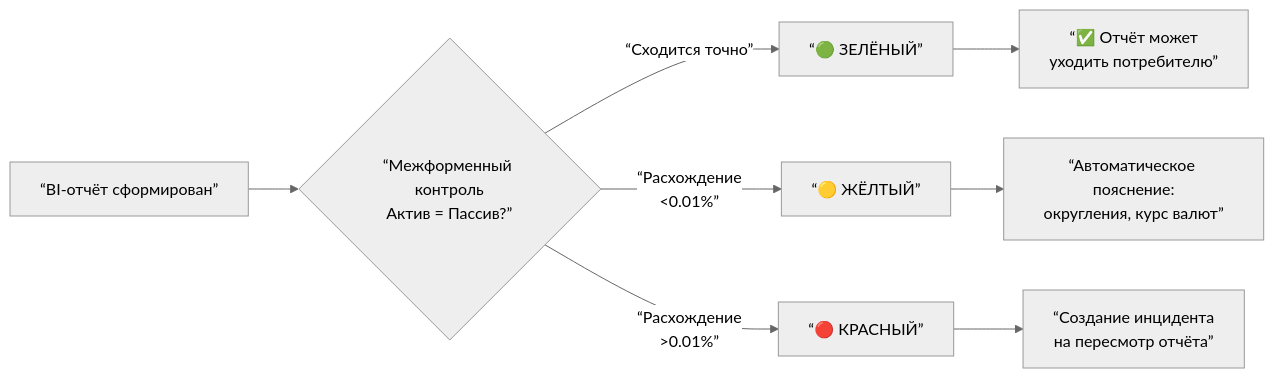
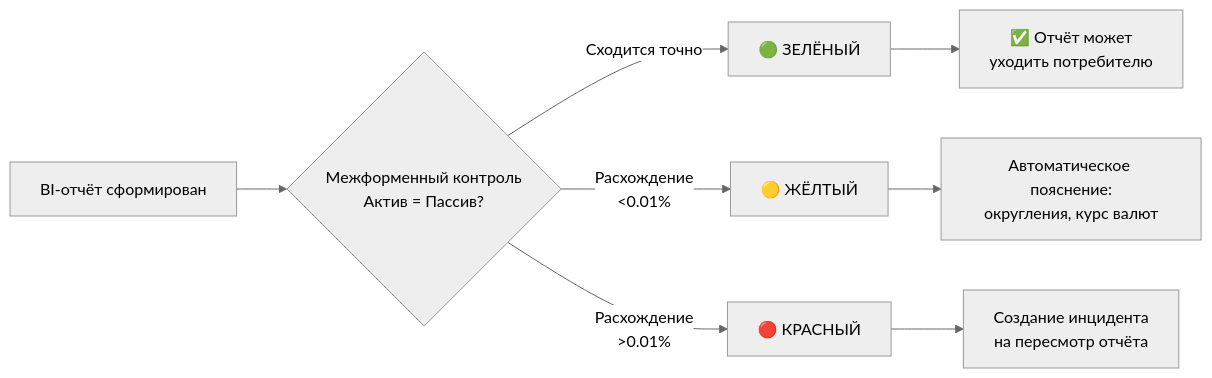
One commit to bpmbpm/doc changed the ninth of 13 diagrams in EA/DataQuality/case/case1/course/course_v2.md. Above: the diagram before and after it, drawn with Mermaid (neutral theme). The commit also changed other lines of this file, not shown here.

````diff
--- a/EA/DataQuality/case/case1/course/course_v2.md
+++ b/EA/DataQuality/case/case1/course/course_v2.md
@@ -333,15 +251,15 @@
 ```mermaid
 flowchart LR
-    REPORT[“BI-отчёт сформирован”]
+    REPORT["BI-отчёт сформирован"]
     
-    REPORT --> CHECK{“Межформенный контроль<br>Актив = Пассив?”}
+    REPORT --> CHECK{"Межформенный контроль<br>Актив = Пассив?"}
     
-    CHECK -->|“Сходится точно”| GREEN[“🟢 ЗЕЛЁНЫЙ”]
-    CHECK -->|“Расхождение<br><0.01%”| YELLOW[“🟡 ЖЁЛТЫЙ”]
-    CHECK -->|“Расхождение<br>>0.01%”| RED[“🔴 КРАСНЫЙ”]
+    CHECK -->|"Сходится точно"| GREEN["🟢 ЗЕЛЁНЫЙ"]
+    CHECK -->|"Расхождение<br><0.01%"| YELLOW["🟡 ЖЁЛТЫЙ"]
+    CHECK -->|"Расхождение<br>>0.01%"| RED["🔴 КРАСНЫЙ"]
     
-    YELLOW --> AUTO[“Автоматическое пояснение:<br>округления, курс валют”]
-    RED --> INCIDENT[“Создание инцидента<br>на пересмотр отчёта”]
+    YELLOW --> AUTO["Автоматическое пояснение:<br>округления, курс валют"]
+    RED --> INCIDENT["Создание инцидента<br>на пересмотр отчёта"]
     
-    GREEN --> DONE[“✅ Отчёт может<br>уходить потребителю”]
+    GREEN --> DONE["✅ Отчёт может<br>уходить потребителю"]
 ```
````
